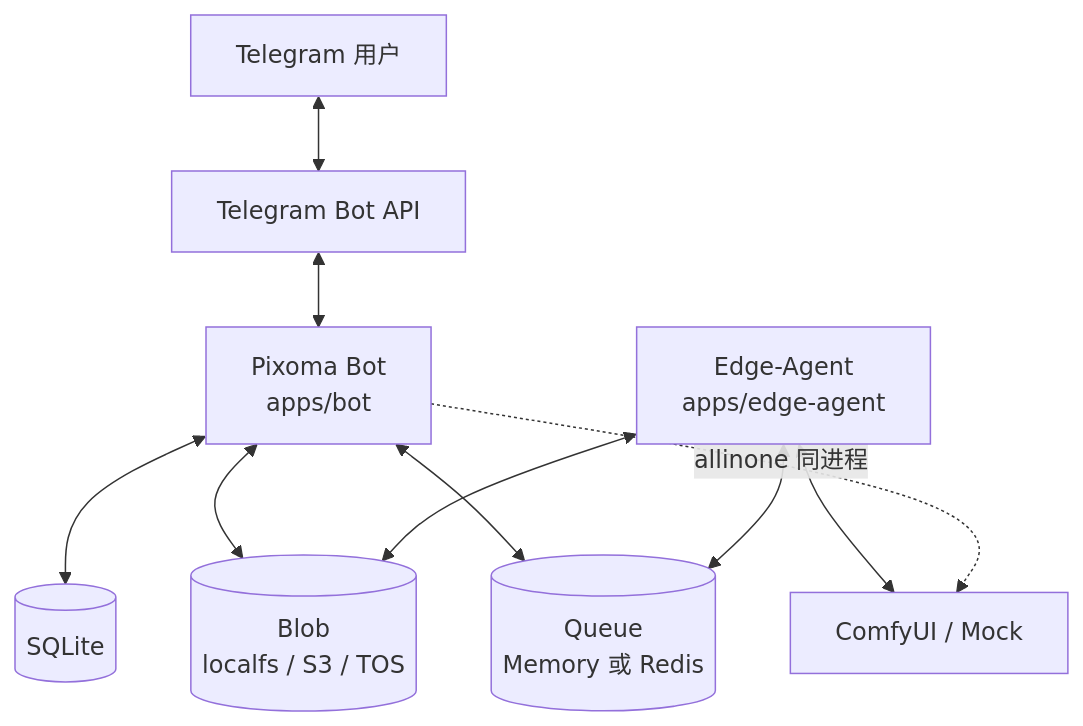
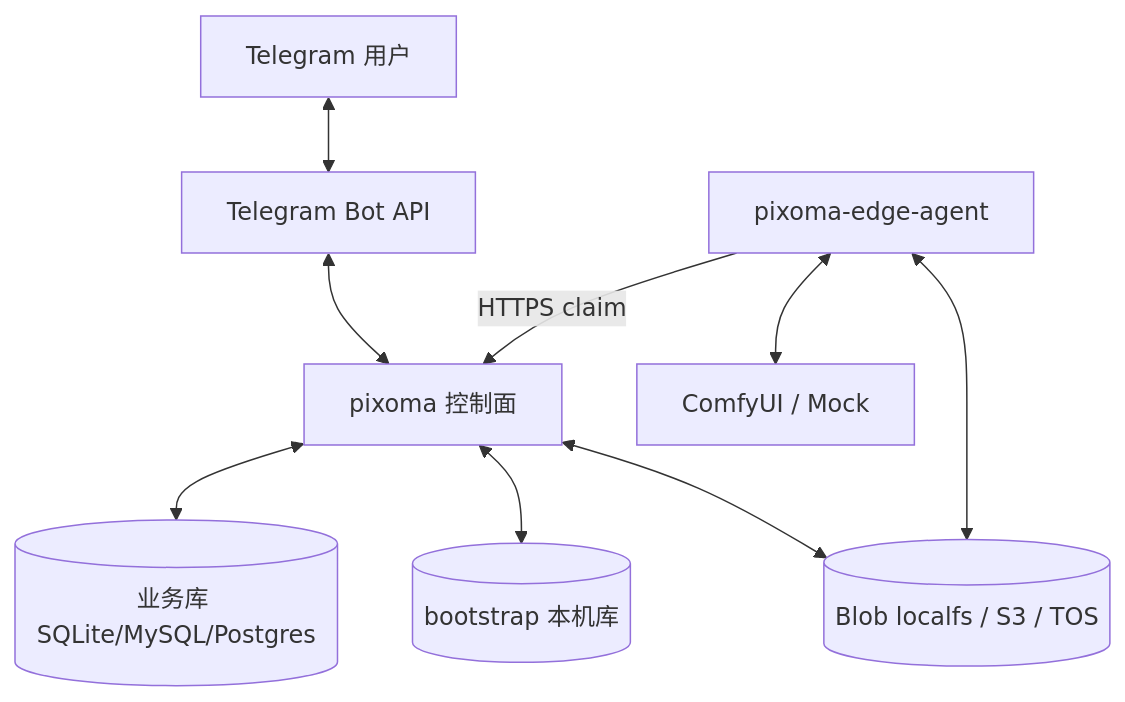
The diagram in docs/architecture/overview.md (Mr9esx/Pixoma), drawn with Mermaid before and after one commit. The commit also changed other lines of this file and 44 other files, not shown here.

First line of the commit message:
feat(pixoma): add setup wizard, multi-db, and drop Redis default path

````diff
--- a/docs/architecture/overview.md
+++ b/docs/architecture/overview.md
@@ -12,21 +12,20 @@
 ```mermaid
 flowchart TB
   U[Telegram 用户]
   TG[Telegram Bot API]
-  BOT[Pixoma Bot<br/>apps/bot]
-  EDGE[Edge-Agent<br/>apps/edge-agent]
-  DB[(SQLite)]
-  BLOB[(Blob<br/>localfs / S3 / TOS)]
-  MQ[(Queue<br/>Memory 或 Redis)]
+  CP[pixoma 控制面]
+  EDGE[pixoma-edge-agent]
+  DB[(业务库 SQLite/MySQL/Postgres)]
+  BOOT[(bootstrap 本机库)]
+  BLOB[(Blob localfs / S3 / TOS)]
   C1[ComfyUI / Mock]
 
   U <--> TG
-  TG <--> BOT
-  BOT <--> DB
-  BOT <--> BLOB
-  BOT <--> MQ
-  EDGE <--> MQ
+  TG <--> CP
+  CP <--> DB
+  CP <--> BOOT
+  CP <--> BLOB
+  EDGE -->|HTTPS claim| CP
   EDGE <--> BLOB
   EDGE <--> C1
-  BOT -.->|allinone 同进程| C1
 ```
````
